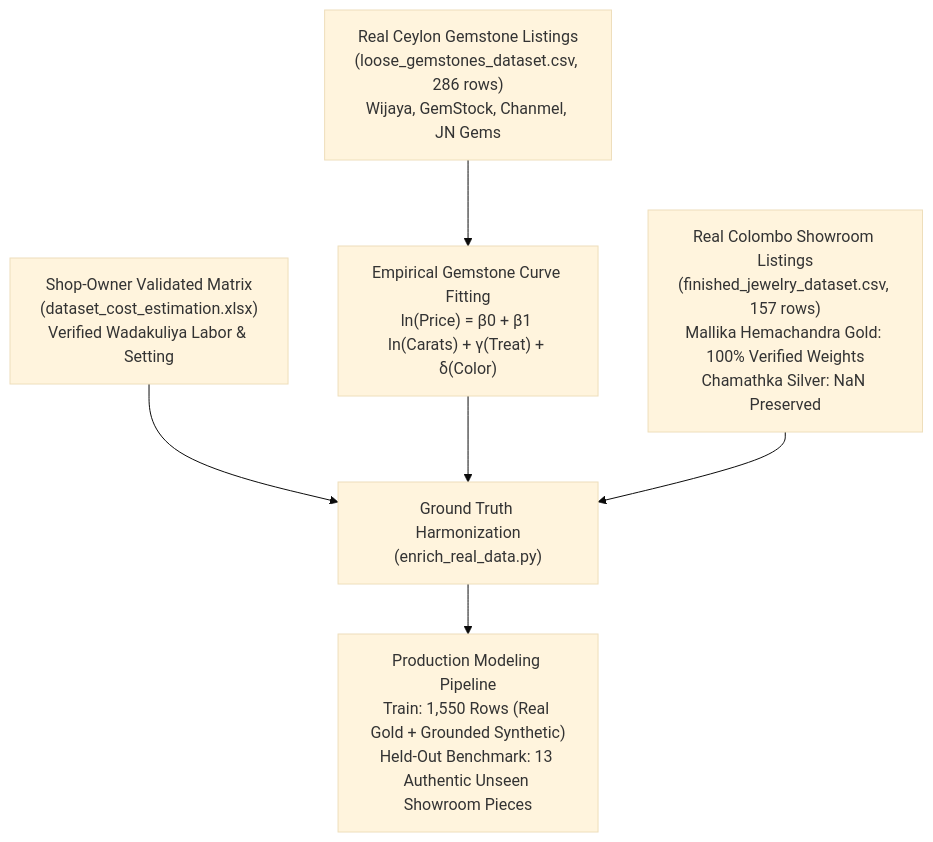
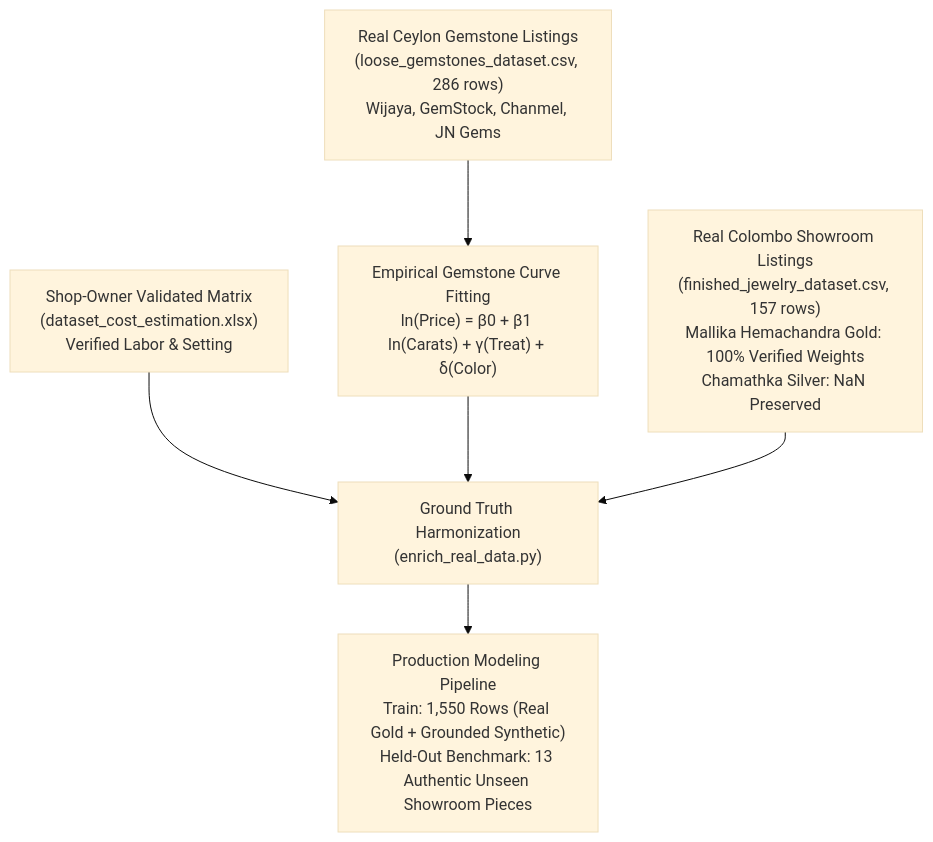
One commit to anuk549/GemVision changed the diagram in ml/jewelrydesigngeneration/docs/MODEL_TRAINING_AND_METHODOLOGY_GUIDE.md. Above: the diagram before and after it, drawn with Mermaid (base theme). The commit also changed other lines of this file and 2 other files, not shown here.

Commit message:
update: sync updated docs and model 2 notebook

````diff
--- a/ml/jewelrydesigngeneration/docs/MODEL_TRAINING_AND_METHODOLOGY_GUIDE.md
+++ b/ml/jewelrydesigngeneration/docs/MODEL_TRAINING_AND_METHODOLOGY_GUIDE.md
@@ -30,8 +30,8 @@
 ```mermaid
 flowchart TD
-    D1["Shop-Owner Validated Matrix<br/>(dataset_cost_estimation.xlsx)<br/>Verified Wadakuliya Labor & Setting"] --> HARMONIZE["Ground Truth Harmonization<br/>(enrich_real_data.py)"]
+    D1["Shop-Owner Validated Matrix<br/>(dataset_cost_estimation.xlsx)<br/>Verified Labor & Setting"] --> HARMONIZE["Ground Truth Harmonization<br/>(enrich_real_data.py)"]
     D2["Real Ceylon Gemstone Listings<br/>(loose_gemstones_dataset.csv, 286 rows)<br/>Wijaya, GemStock, Chanmel, JN Gems"] --> FIT["Empirical Gemstone Curve Fitting<br/>ln(Price) = β0 + β1 ln(Carats) + γ(Treat) + δ(Color)"]
     FIT --> HARMONIZE
     D3["Real Colombo Showroom Listings<br/>(finished_jewelry_dataset.csv, 157 rows)<br/>Mallika Hemachandra Gold: 100% Verified Weights<br/>Chamathka Silver: NaN Preserved"] --> HARMONIZE
     HARMONIZE --> TRAIN_DATA["Production Modeling Pipeline<br/>Train: 1,550 Rows (Real Gold + Grounded Synthetic)<br/>Held-Out Benchmark: 13 Authentic Unseen Showroom Pieces"]
 ```
````
